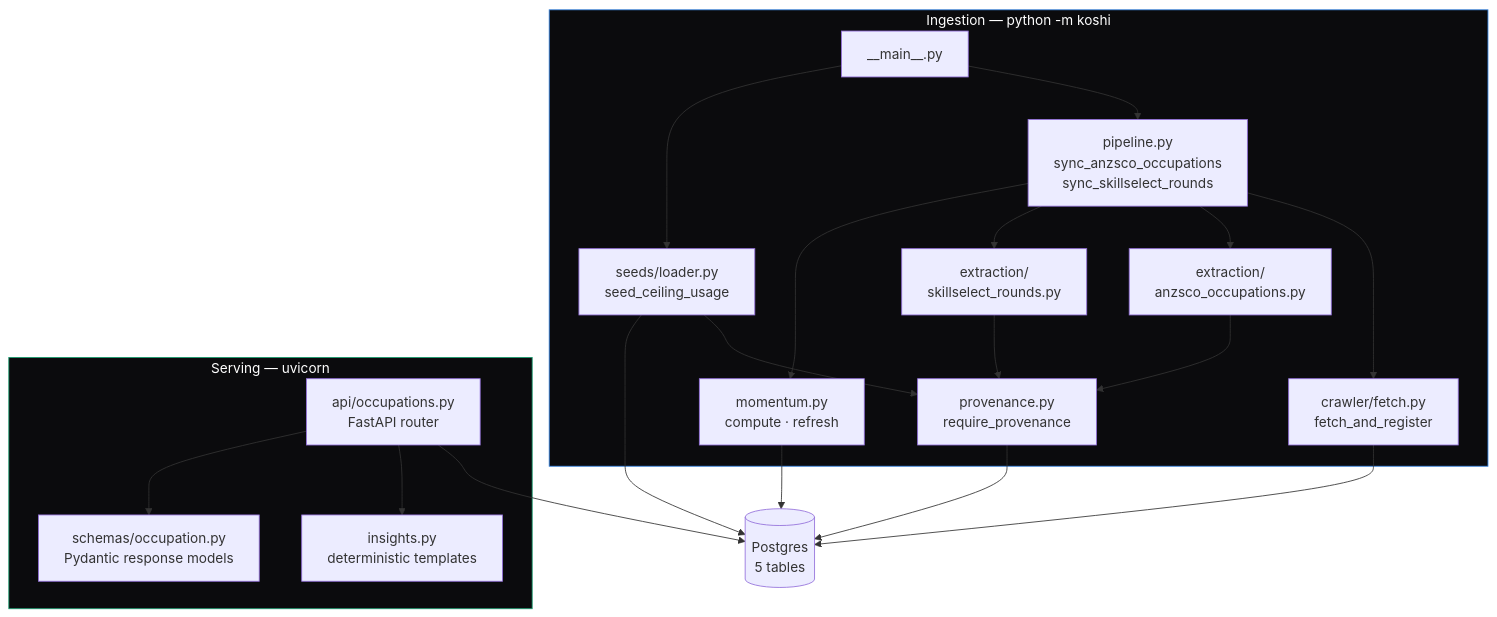
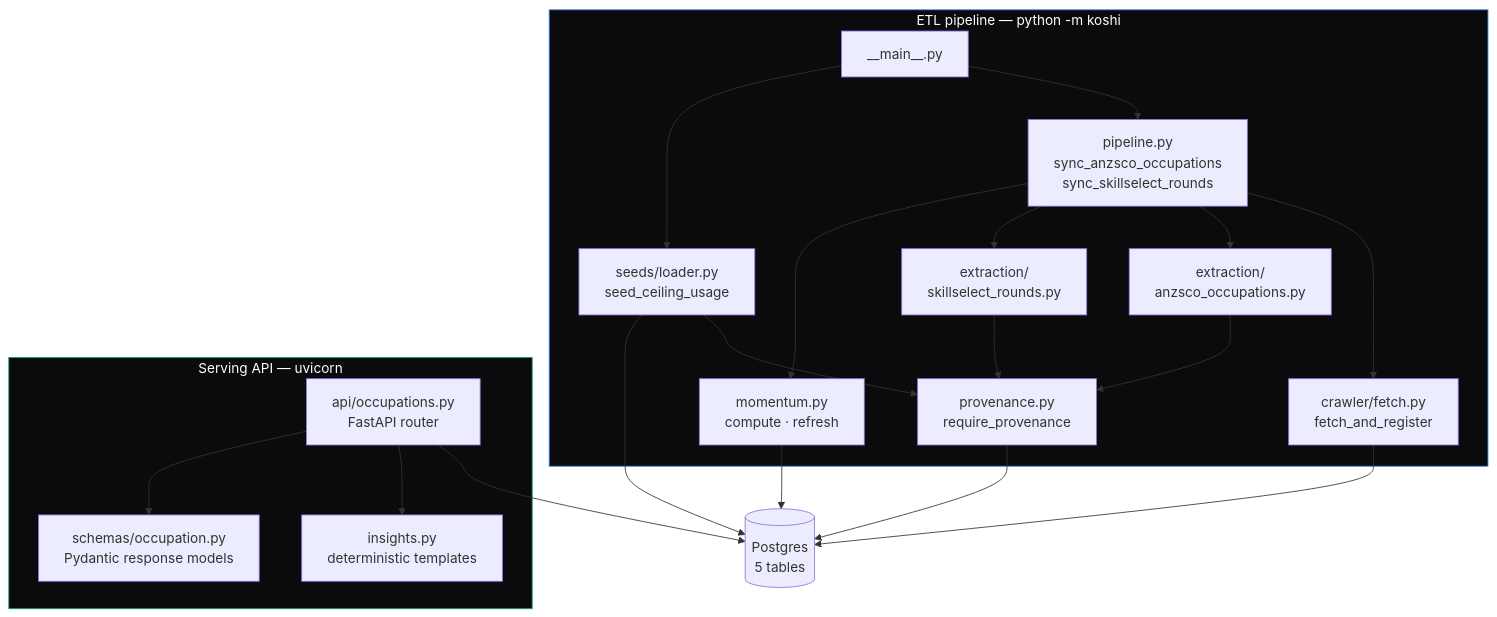
One commit to judasprabin/koshi changed the second of 4 diagrams in docs/ARCHITECTURE.md. Above: the diagram before and after it, drawn with Mermaid. The commit also changed other lines of this file and 1 other file, not shown here.

First line of the commit message:
Name the ETL pipeline explicitly in the architecture docs

````diff
--- a/docs/ARCHITECTURE.md
+++ b/docs/ARCHITECTURE.md
@@ -47,42 +68,42 @@
 ```mermaid
 graph TB
-    subgraph ingestion ["Ingestion — python -m koshi"]
+    subgraph ingestion ["ETL pipeline — python -m koshi"]
         main_entry["__main__.py"]
         pipeline["pipeline.py<br/>sync_anzsco_occupations<br/>sync_skillselect_rounds"]
         fetch["crawler/fetch.py<br/>fetch_and_register"]
         anzsco_p["extraction/<br/>anzsco_occupations.py"]
         rounds_p["extraction/<br/>skillselect_rounds.py"]
         seeds["seeds/loader.py<br/>seed_ceiling_usage"]
         momentum["momentum.py<br/>compute · refresh"]
         prov["provenance.py<br/>require_provenance"]
     end
 
-    subgraph serving ["Serving — uvicorn"]
+    subgraph serving ["Serving API — uvicorn"]
         api["api/occupations.py<br/>FastAPI router"]
         insights["insights.py<br/>deterministic templates"]
         schemas["schemas/occupation.py<br/>Pydantic response models"]
     end
 
     db[("Postgres<br/>5 tables")]
 
     main_entry --> pipeline
     pipeline --> fetch
     fetch --> db
     pipeline --> anzsco_p
     pipeline --> rounds_p
     anzsco_p --> prov
     rounds_p --> prov
     seeds --> prov
     prov --> db
     pipeline --> momentum
     momentum --> db
     main_entry --> seeds
     seeds --> db
 
     api --> db
     api --> insights
     api --> schemas
 
     style ingestion fill:#0b0b0d,color:#fff,stroke:#3987e5
     style serving fill:#0b0b0d,color:#fff,stroke:#199e70
 ```
````
